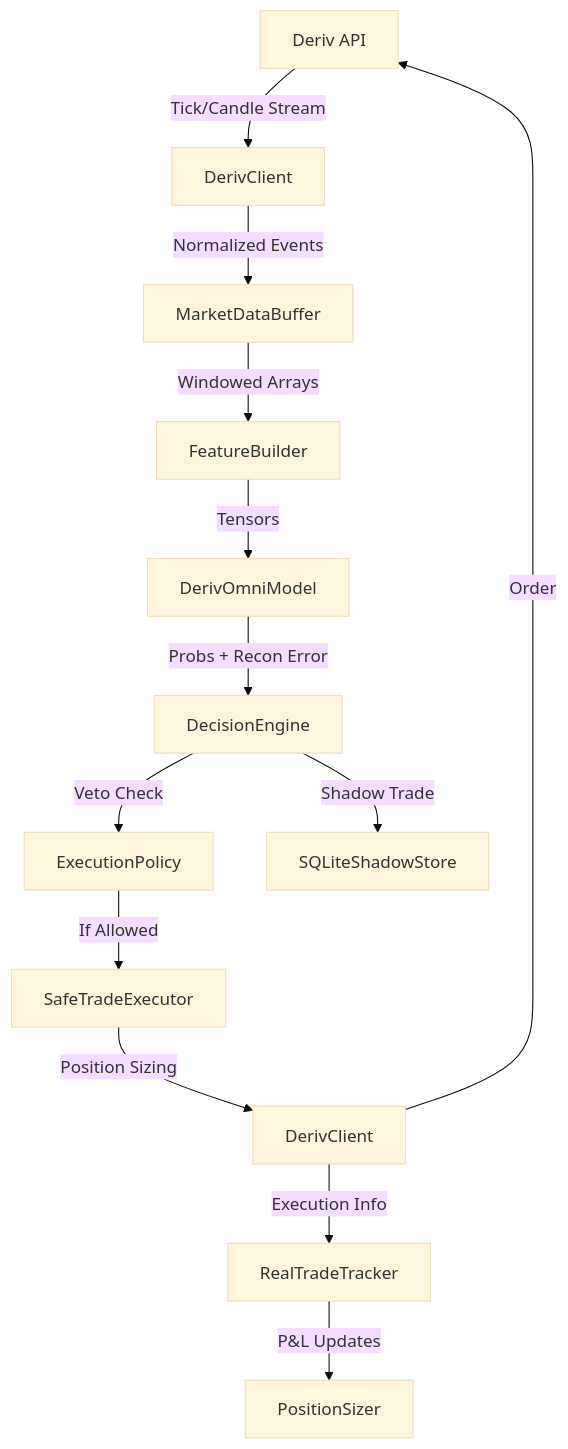
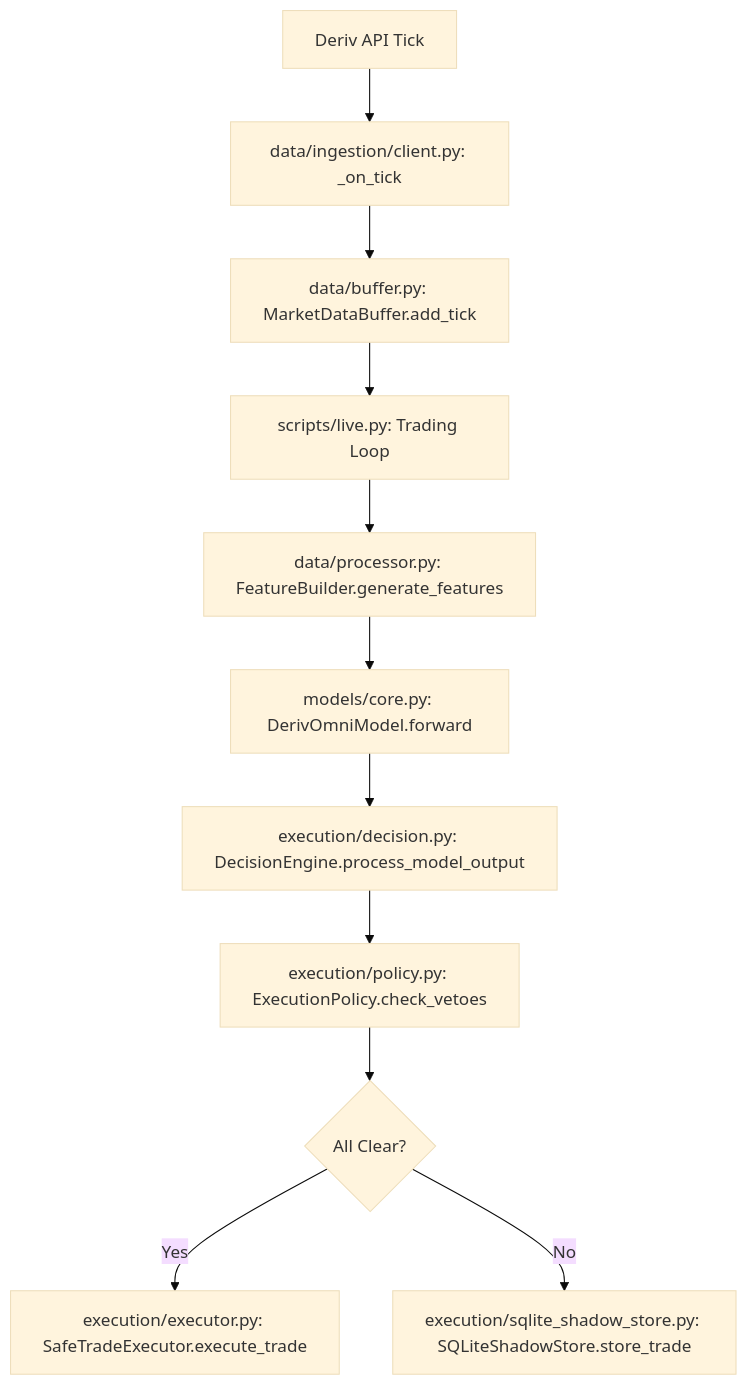
One commit to planetazul3/titan.alpha changed the diagram in docs/validation/DATA_FLOW_TRACE.md. Above: the diagram before and after it, drawn with Mermaid (base theme). The commit also changed other lines of this file and 24 other files, not shown here.

````diff
--- a/docs/validation/DATA_FLOW_TRACE.md
+++ b/docs/validation/DATA_FLOW_TRACE.md
@@ -5,15 +5,13 @@
 ```mermaid
 graph TD
-    A[Deriv API] -->|Tick/Candle Stream| B[DerivClient]
-    B -->|Normalized Events| C[MarketDataBuffer]
-    C -->|Windowed Arrays| D[FeatureBuilder]
-    D -->|Tensors| E[DerivOmniModel]
-    E -->|Probs + Recon Error| F[DecisionEngine]
-    F -->|Veto Check| G[ExecutionPolicy]
-    G -->|If Allowed| H[SafeTradeExecutor]
-    H -->|Position Sizing| I[DerivClient]
-    I -->|Order| A
-    F -->|Shadow Trade| J[SQLiteShadowStore]
-    I -->|Execution Info| K[RealTradeTracker]
-    K -->|P&L Updates| L[PositionSizer]
+    A[Deriv API Tick] --> B[data/ingestion/client.py: _on_tick]
+    B --> C[data/buffer.py: MarketDataBuffer.add_tick]
+    C --> D[scripts/live.py: Trading Loop]
+    D --> E[data/processor.py: FeatureBuilder.generate_features]
+    E --> F[models/core.py: DerivOmniModel.forward]
+    F --> G[execution/decision.py: DecisionEngine.process_model_output]
+    G --> H[execution/policy.py: ExecutionPolicy.check_vetoes]
+    H --> I{All Clear?}
+    I -- Yes --> J[execution/executor.py: SafeTradeExecutor.execute_trade]
+    I -- No --> K[execution/sqlite_shadow_store.py: SQLiteShadowStore.store_trade]
 ```
````
